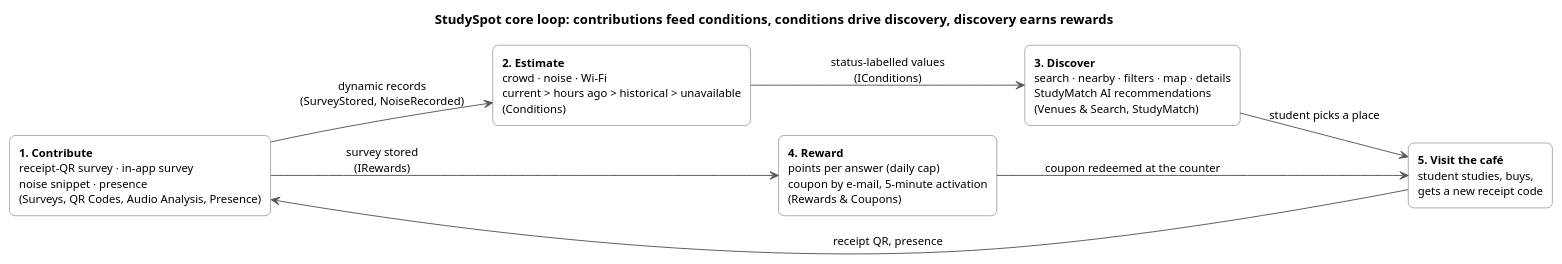
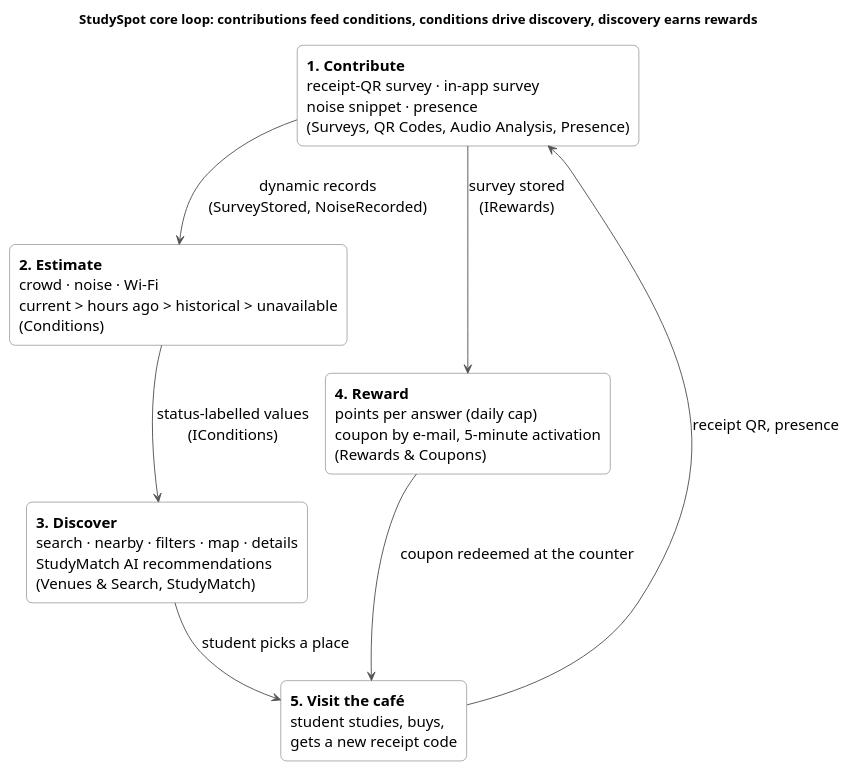
The diagram in docs/architecture/uml/overview-core-loop.puml (yasmeennasrr/StudySpot), drawn with PlantUML before and after one commit. The commit also changed 20 other files, not shown here.

First line of the commit message:
PB-01 SDS v0.3 (M1 part) with tracked changes; print-ready diagrams

```diff
--- a/docs/architecture/uml/overview-core-loop.puml
+++ b/docs/architecture/uml/overview-core-loop.puml
@@ -1,28 +1,28 @@
 @startuml overview-core-loop
 ' Big picture for the SDS opening and the first architecture slide.
 skinparam shadowing false
 skinparam defaultFontName Helvetica
-skinparam defaultFontSize 12
+skinparam defaultFontSize 16
 skinparam rectangle {
   BackgroundColor white
   BorderColor #555555
   RoundCorner 12
 }
 skinparam ArrowColor #555555
-left to right direction
+top to bottom direction
 
 title StudySpot core loop: contributions feed conditions, conditions drive discovery, discovery earns rewards
 
 rectangle "**1. Contribute**\nreceipt-QR survey · in-app survey\nnoise snippet · presence\n(Surveys, QR Codes, Audio Analysis, Presence)" as C
 rectangle "**2. Estimate**\ncrowd · noise · Wi-Fi\ncurrent > hours ago > historical > unavailable\n(Conditions)" as E
 rectangle "**3. Discover**\nsearch · nearby · filters · map · details\nStudyMatch AI recommendations\n(Venues & Search, StudyMatch)" as D
 rectangle "**4. Reward**\npoints per answer (daily cap)\ncoupon by e-mail, 5-minute activation\n(Rewards & Coupons)" as R
 rectangle "**5. Visit the café**\nstudent studies, buys,\ngets a new receipt code" as V
 
 C --> E : dynamic records\n(SurveyStored, NoiseRecorded)
 E --> D : status-labelled values\n(IConditions)
 D --> V : student picks a place
 V --> C : receipt QR, presence
 C --> R : survey stored\n(IRewards)
 R --> V : coupon redeemed at the counter
 @enduml
```
